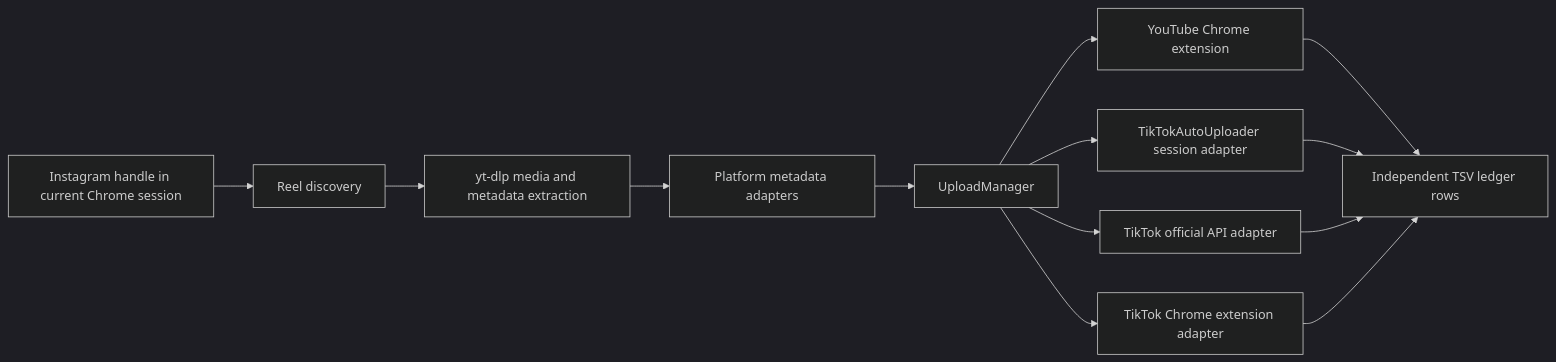
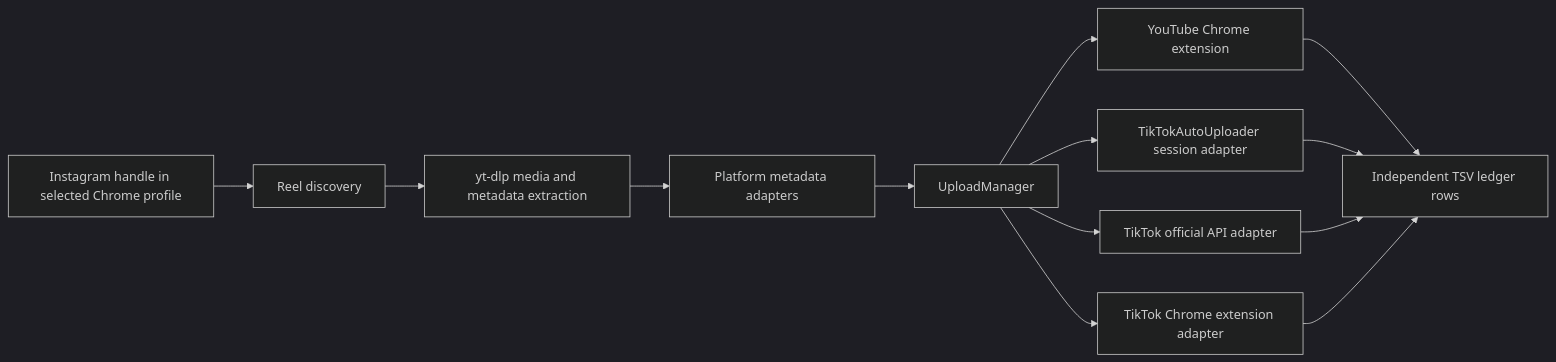
Before and after one commit to 0x00C0DE/ig-to-yt-tiktok-uploader: the diagram in README.md, drawn with Mermaid (dark theme). The commit also changed other lines of this file and 16 other files, not shown here.

First line of the commit message:
feat: add selectable Chrome profile routing

````diff
--- a/README.md
+++ b/README.md
@@ -22,15 +26,15 @@
 ```mermaid
 flowchart LR
-    IG["Instagram handle in current Chrome session"] --> D["Reel discovery"]
+    IG["Instagram handle in selected Chrome profile"] --> D["Reel discovery"]
     D --> M["yt-dlp media and metadata extraction"]
     M --> A["Platform metadata adapters"]
     A --> U["UploadManager"]
     U --> Y["YouTube Chrome extension"]
     U --> T1["TikTokAutoUploader session adapter"]
     U --> T2["TikTok official API adapter"]
     U --> T3["TikTok Chrome extension adapter"]
     Y --> L["Independent TSV ledger rows"]
     T1 --> L
     T2 --> L
     T3 --> L
 ```
````
